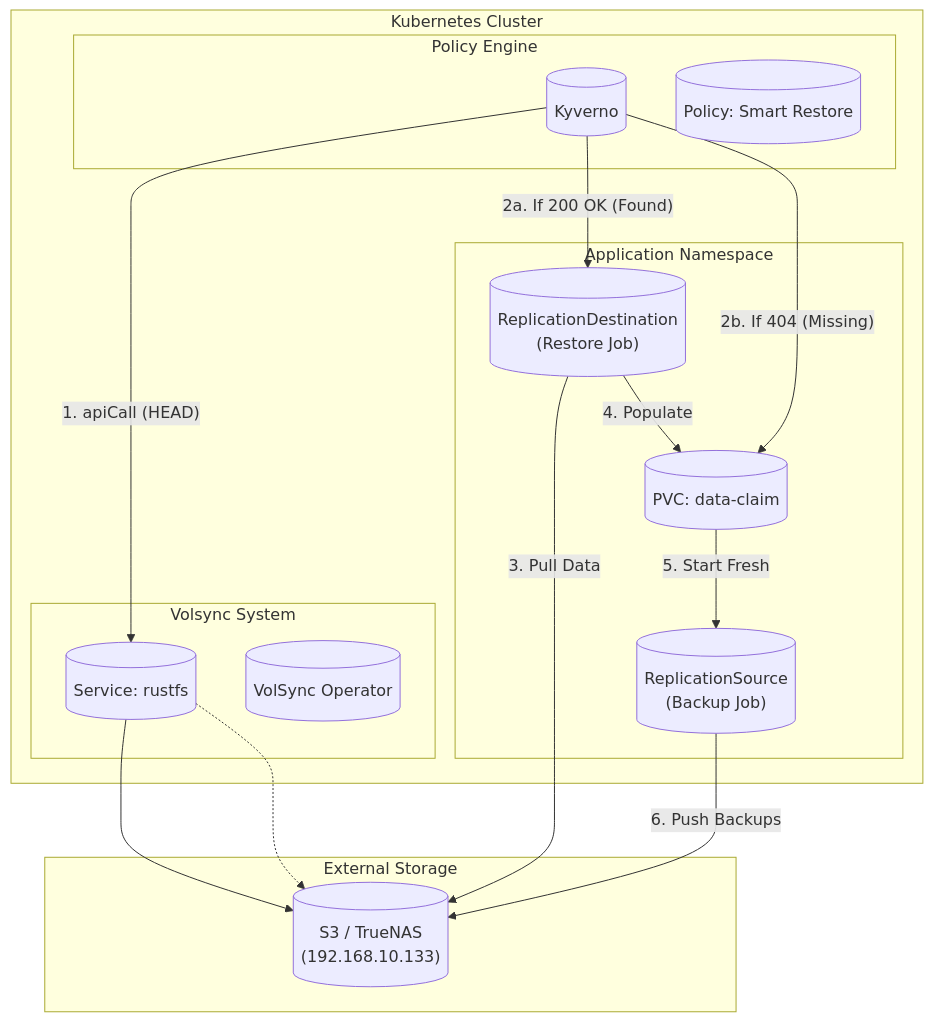
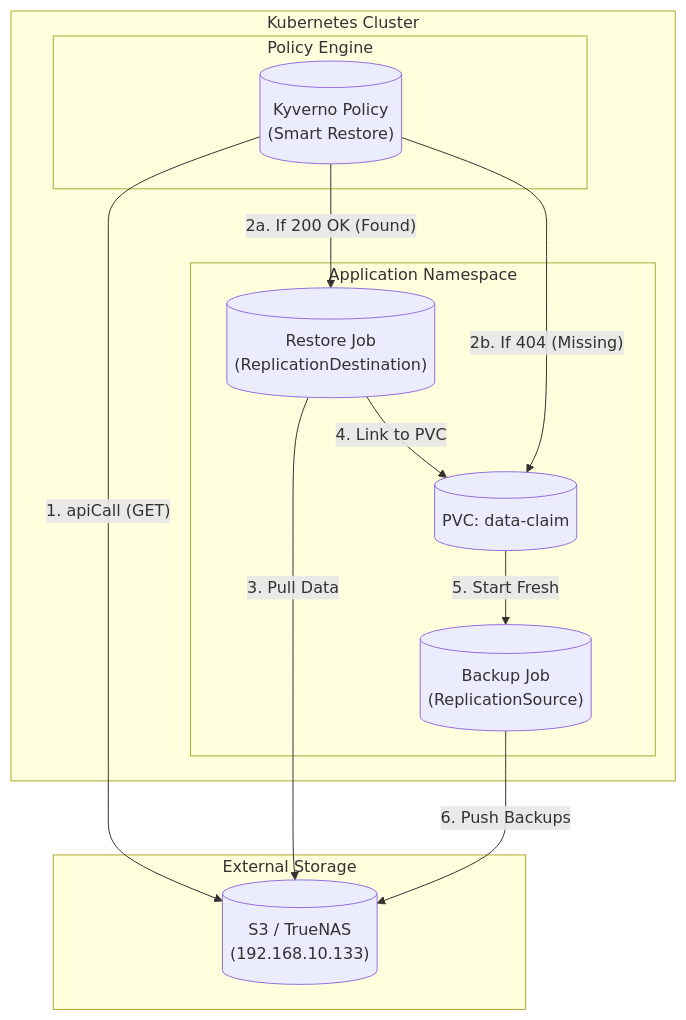
One commit to mitchross/talos-argocd-proxmox changed the diagram in docs/storage-architecture.md. Above: the diagram before and after it, drawn with Mermaid. The commit also changed other lines of this file and 1 other file, not shown here.

Commit message:
docs: finalize storage architecture and cleanup plan

````diff
--- a/docs/storage-architecture.md
+++ b/docs/storage-architecture.md
@@ -50,37 +50,30 @@
 ```mermaid
 graph TD
     subgraph "External Storage"
         S3[("S3 / TrueNAS<br/>(192.168.10.133)")]
     end
 
     subgraph "Kubernetes Cluster"
-        subgraph "Volsync System"
-            B[("Service: rustfs")] --> S3
-            V[("VolSync Operator")]
-        end
-
         subgraph "Policy Engine"
-            K[("Kyverno")]
-            P_Smart[("Policy: Smart Restore")]
+            K[("Kyverno Policy<br/>(Smart Restore)")]
         end
 
         subgraph "Application Namespace"
             PVC[("PVC: data-claim")]
-            RD[("ReplicationDestination<br/>(Restore Job)")]
-            RS[("ReplicationSource<br/>(Backup Job)")]
+            RD[("Restore Job<br/>(ReplicationDestination)")]
+            RS[("Backup Job<br/>(ReplicationSource)")]
         end
     end
 
     %% Flows
-    K -- "1. apiCall (HEAD)" --> B
-    B -.-> S3
+    K -- "1. apiCall (GET)" --> S3
     
     %% Decision Logic
     K -- "2a. If 200 OK (Found)" --> RD
     RD -- "3. Pull Data" --> S3
-    RD -- "4. Populate" --> PVC
+    RD -- "4. Link to PVC" --> PVC
     
     K -- "2b. If 404 (Missing)" --> PVC
     PVC -- "5. Start Fresh" --> RS
     RS -- "6. Push Backups" --> S3
 ```
````
